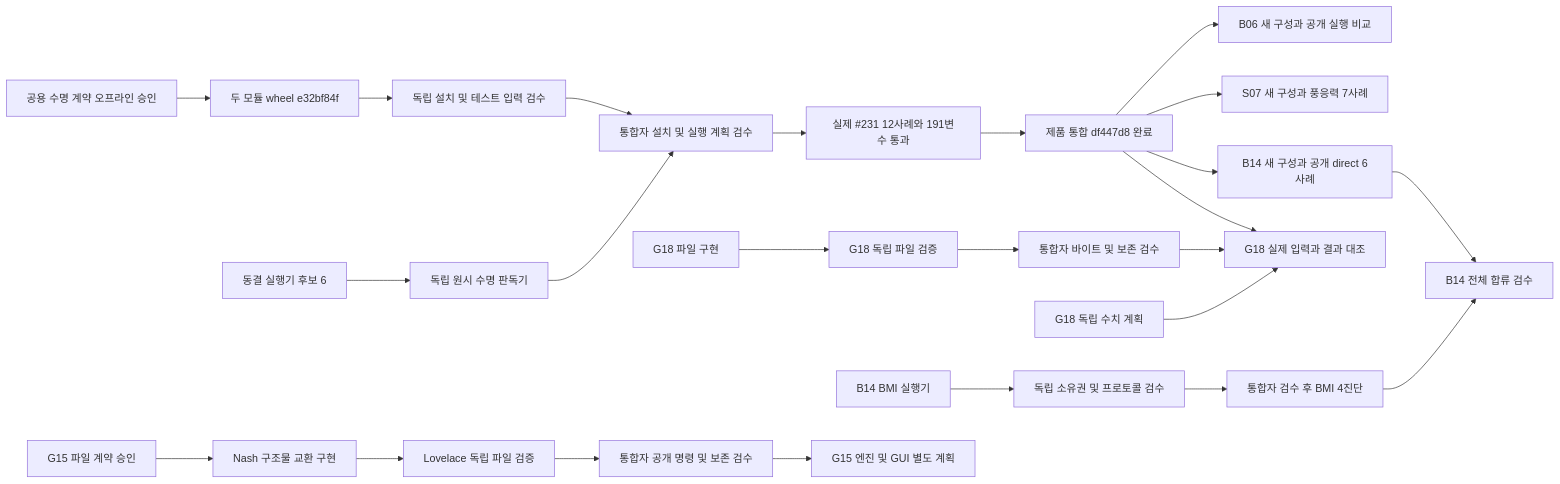
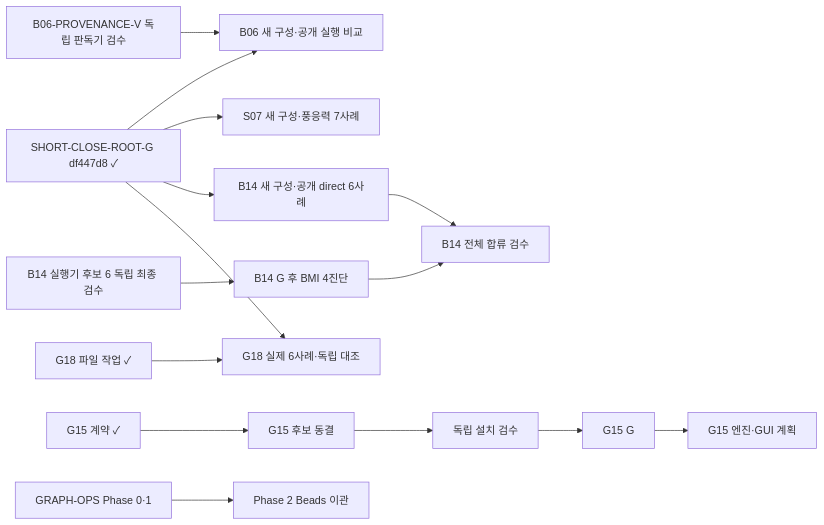
Before and after one commit to mossyantler/delft3d-fm-cli: the diagram in DELIVERY.md, drawn with Mermaid. The commit also changed other lines of this file and 6 other files, not shown here.

First line of the commit message:
docs(GRAPH-OPS-DOC): split agent guides and reduce DELIVERY to a current board

````diff
--- a/DELIVERY.md
+++ b/DELIVERY.md
@@ -291,26 +43,14 @@
 ```mermaid
 flowchart LR
-    C[공용 수명 계약 오프라인 승인] --> PK[두 모듈 wheel e32bf84f]
-    PK --> PV[독립 설치 및 테스트 입력 검수]
-    PV --> NG[통합자 설치 및 실행 계획 검수]
-    NR[동결 실행기 후보 6] --> NV[독립 원시 수명 판독기]
-    NV --> NG
-    NG --> CG[실제 #231 12사례와 191변수 통과]
-    CG --> RG[제품 통합 df447d8 완료]
-    RG --> B06[B06 새 구성과 공개 실행 비교]
-    RG --> S07[S07 새 구성과 풍응력 7사례]
-    RG --> BD[B14 새 구성과 공개 direct 6사례]
-    GI[G18 파일 구현] --> GV[G18 독립 파일 검증]
-    GV --> GG[통합자 바이트 및 보존 검수]
-    GP[G18 독립 수치 계획] --> GN[G18 실제 입력과 결과 대조]
-    GG --> GN
-    RG --> GN
-    BI[B14 BMI 실행기] --> BV[독립 소유권 및 프로토콜 검수]
-    BV --> BG[통합자 검수 후 BMI 4진단]
+    RG[SHORT-CLOSE-ROOT-G df447d8 ✓] --> B06R[B06 새 구성·공개 실행 비교]
+    B06P[B06-PROVENANCE-V 독립 판독기 검수] --> B06R
+    RG --> S07[S07 새 구성·풍응력 7사례]
+    RG --> BD[B14 새 구성·공개 direct 6사례]
+    BV[B14 실행기 후보 6 독립 최종 검수] --> BG[B14 G 후 BMI 4진단]
     BG --> BA[B14 전체 합류 검수]
     BD --> BA
-    TC[G15 파일 계약 승인] --> TI[Nash 구조물 교환 구현]
-    TI --> TV[Lovelace 독립 파일 검증]
-    TV --> TG[통합자 공개 명령 및 보존 검수]
-    TG --> TP[G15 엔진 및 GUI 별도 계획]
+    RG --> GN[G18 실제 6사례·독립 대조]
+    GF[G18 파일 작업 ✓] --> GN
+    TC[G15 계약 ✓] --> TI[G15 후보 동결] --> TV[독립 설치 검수] --> TG[G15 G] --> TP[G15 엔진·GUI 계획]
+    P0[GRAPH-OPS Phase 0·1] --> P2[Phase 2 Beads 이관]
 ```
````
